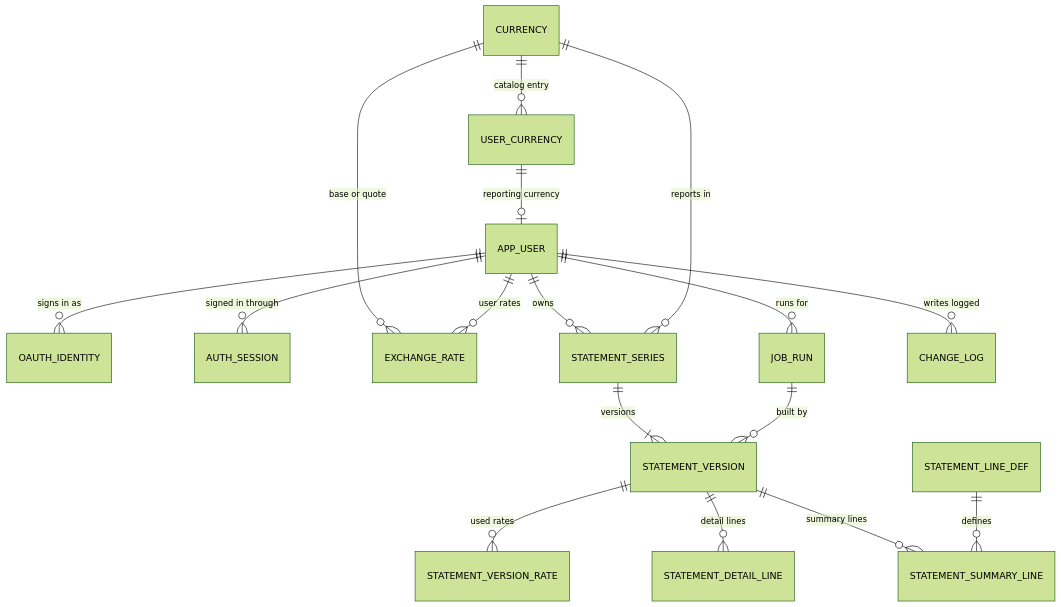
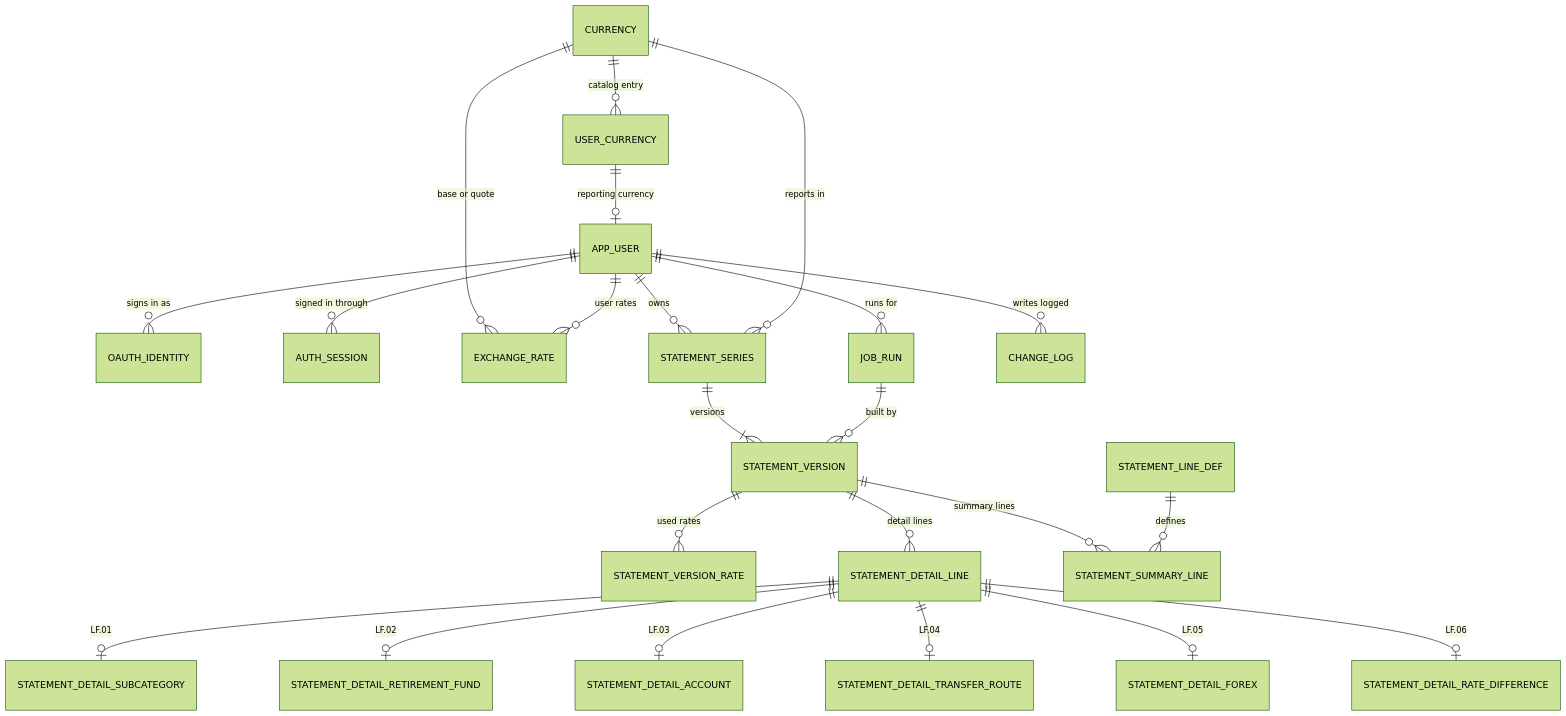
One commit to yayfalafels/redbooks changed the second of 2 diagrams in docs/releases/020/design/data-model.md. Above: the diagram before and after it, drawn with Mermaid (forest theme). The commit also changed other lines of this file and 12 other files, not shown here.

````diff
--- a/docs/releases/020/design/data-model.md
+++ b/docs/releases/020/design/data-model.md
@@ -132,19 +143,25 @@
 ```mermaid
 erDiagram
     APP_USER ||--o{ OAUTH_IDENTITY : "signs in as"
     APP_USER ||--o{ AUTH_SESSION : "signed in through"
     CURRENCY ||--o{ USER_CURRENCY : "catalog entry"
     USER_CURRENCY ||--o| APP_USER : "reporting currency"
     CURRENCY ||--o{ EXCHANGE_RATE : "base or quote"
     APP_USER ||--o{ EXCHANGE_RATE : "user rates"
     APP_USER ||--o{ STATEMENT_SERIES : owns
     CURRENCY ||--o{ STATEMENT_SERIES : "reports in"
     STATEMENT_SERIES ||--|{ STATEMENT_VERSION : versions
     STATEMENT_VERSION ||--o{ STATEMENT_VERSION_RATE : "used rates"
     STATEMENT_VERSION ||--o{ STATEMENT_DETAIL_LINE : "detail lines"
+    STATEMENT_DETAIL_LINE ||--o| STATEMENT_DETAIL_SUBCATEGORY : "LF.01"
+    STATEMENT_DETAIL_LINE ||--o| STATEMENT_DETAIL_RETIREMENT_FUND : "LF.02"
+    STATEMENT_DETAIL_LINE ||--o| STATEMENT_DETAIL_ACCOUNT : "LF.03"
+    STATEMENT_DETAIL_LINE ||--o| STATEMENT_DETAIL_TRANSFER_ROUTE : "LF.04"
+    STATEMENT_DETAIL_LINE ||--o| STATEMENT_DETAIL_FOREX : "LF.05"
+    STATEMENT_DETAIL_LINE ||--o| STATEMENT_DETAIL_RATE_DIFFERENCE : "LF.06"
     STATEMENT_VERSION ||--o{ STATEMENT_SUMMARY_LINE : "summary lines"
     STATEMENT_LINE_DEF ||--o{ STATEMENT_SUMMARY_LINE : defines
     JOB_RUN ||--o{ STATEMENT_VERSION : "built by"
     APP_USER ||--o{ CHANGE_LOG : "writes logged"
     APP_USER ||--o{ JOB_RUN : "runs for"
 ```
````
